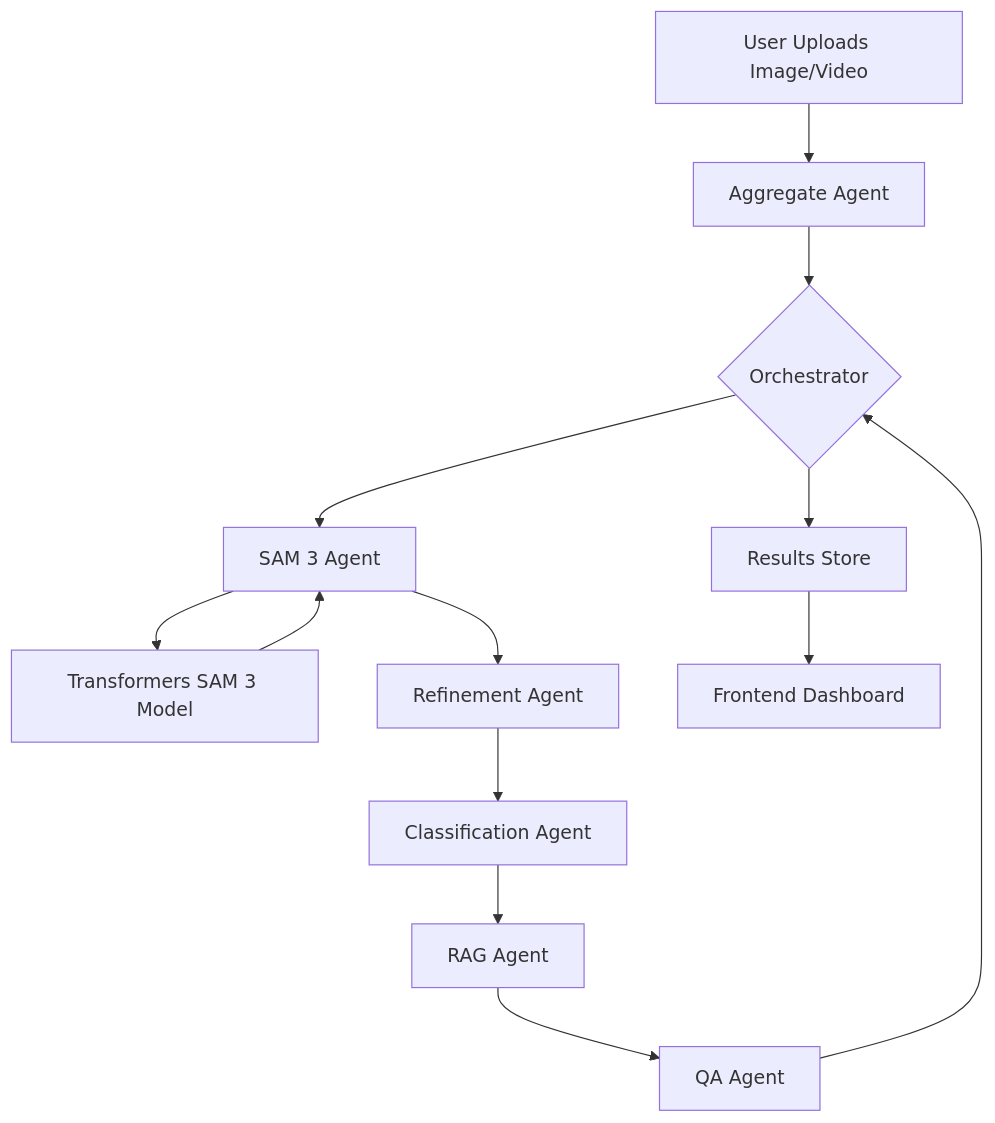
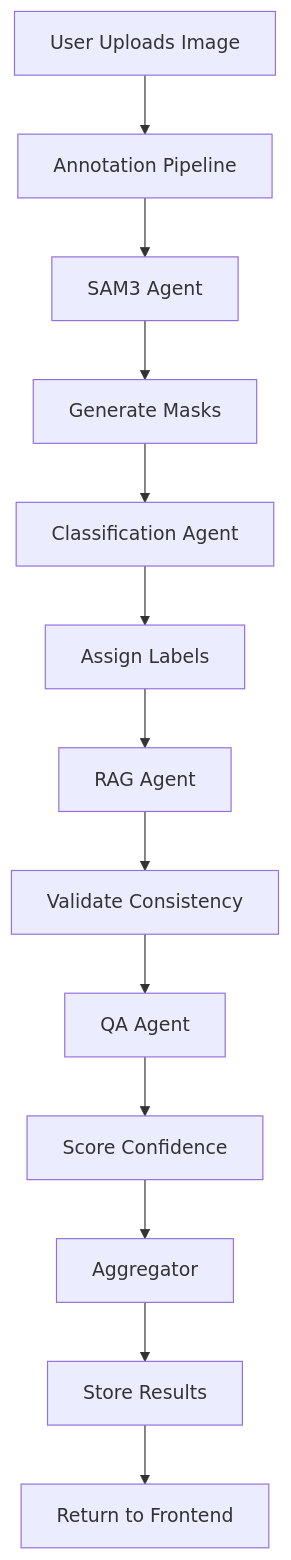
One commit to DilipReddy57/Annotix changed the diagram in ARCHITECTURE_SPEC.md. Above: the diagram before and after it, drawn with Mermaid. The commit also changed other lines of this file and 3 other files, not shown here.

````diff
--- a/ARCHITECTURE_SPEC.md
+++ b/ARCHITECTURE_SPEC.md
@@ -65,15 +153,15 @@
 ```mermaid
 graph TD
-    A[User Uploads Image/Video] --> B[Aggregate Agent]
-    B --> C{Orchestrator}
-    C --> D[SAM 3 Agent]
-    D --> E[Transformers SAM 3 Model]
-    E --> D
-    D --> F[Refinement Agent]
-    F --> G[Classification Agent]
-    G --> H[RAG Agent]
+    A[User Uploads Image] --> B[Annotation Pipeline]
+    B --> C[SAM3 Agent]
+    C --> D[Generate Masks]
+    D --> E[Classification Agent]
+    E --> F[Assign Labels]
+    F --> G[RAG Agent]
+    G --> H[Validate Consistency]
     H --> I[QA Agent]
-    I --> C
-    C --> J[Results Store]
-    J --> K[Frontend Dashboard]
+    I --> J[Score Confidence]
+    J --> K[Aggregator]
+    K --> L[Store Results]
+    L --> M[Return to Frontend]
 ```
````
